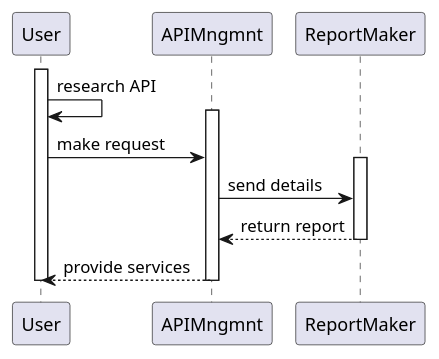
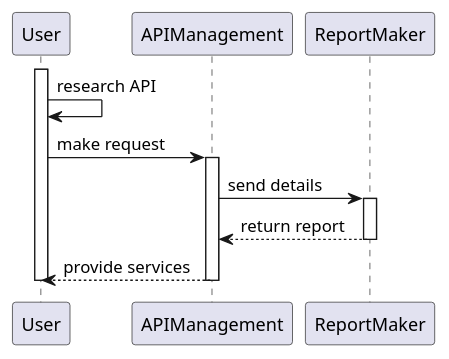
The diagram in docs/diagrams/plantuml/sequence/BE6_3A04_D3.puml (harmanpreet-sagar/sfwreng-3a04-group6-t01-scemas), drawn with PlantUML before and after one commit. The commit also changed 12 other files, not shown here.

Commit message:
made code style changes to sequence diagrams and uploading compiled sequence diagrams

```diff
--- a/docs/diagrams/plantuml/sequence/BE6_3A04_D3.puml
+++ b/docs/diagrams/plantuml/sequence/BE6_3A04_D3.puml
@@ -1,13 +1,19 @@
-@startuml
+@startuml BE6_3A04_D3
+
+participant "User" as User
+participant "APIManagement" as APIManagement
+participant "ReportMaker" as ReportMaker
+
 activate User
 User -> User : research API
-activate APIMngmnt
-User -> APIMngmnt : make request
+User -> APIManagement : make request
+activate APIManagement
+APIManagement -> ReportMaker : send details
 activate ReportMaker
-APIMngmnt -> ReportMaker : send details
-ReportMaker --> APIMngmnt : return report
+ReportMaker --> APIManagement : return report
 deactivate ReportMaker
-APIMngmnt --> User : provide services
-deactivate APIMngmnt
+APIManagement --> User : provide services
+deactivate APIManagement
 deactivate User
+
 @enduml
```
